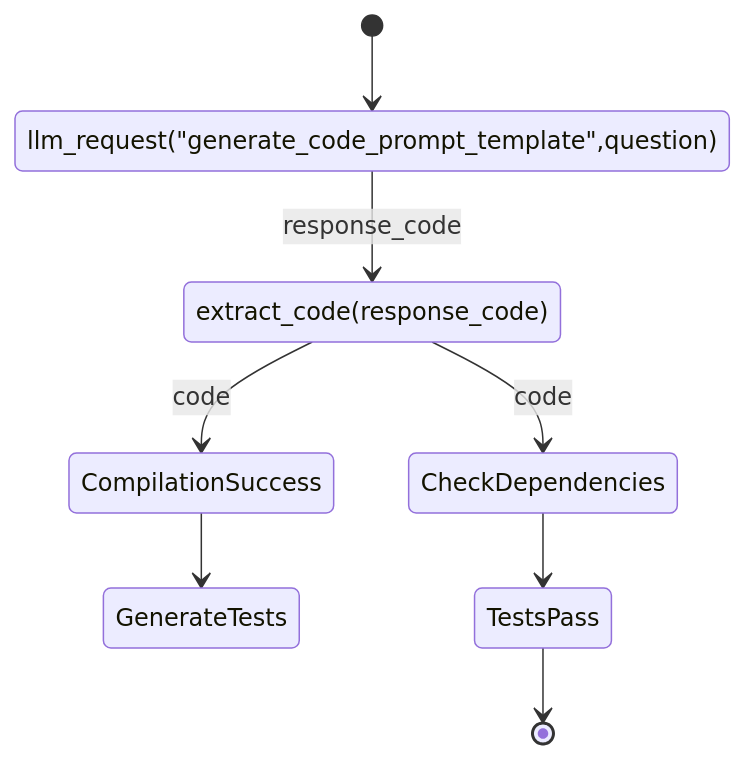
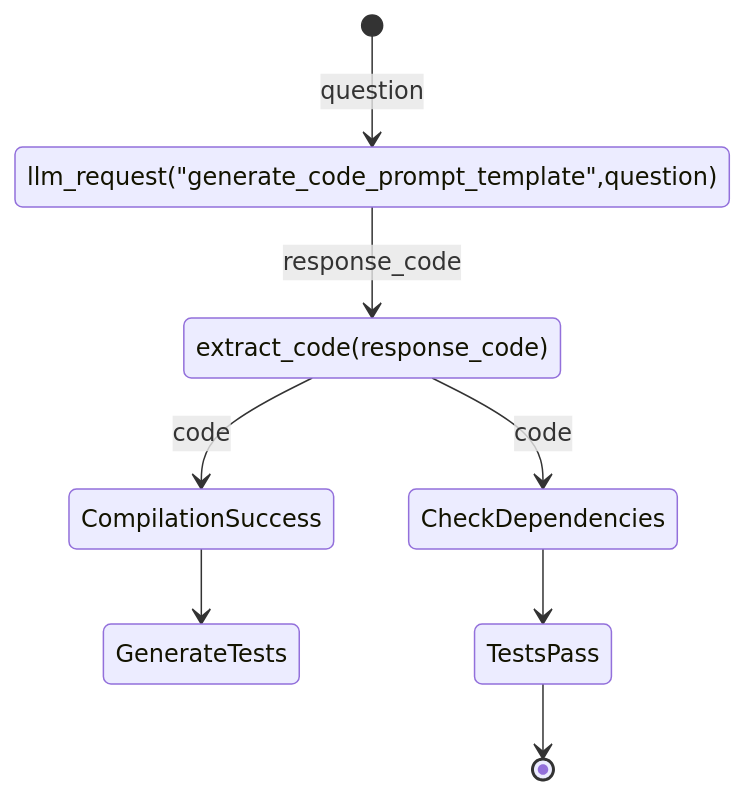
One commit to rizgan/LLM-Logic-Exec-Verify changed the diagram in state.md. Above: the diagram before and after it, drawn with Mermaid. The commit also changed other lines of this file, not shown here.

````diff
--- a/state.md
+++ b/state.md
@@ -1,10 +1,10 @@
 ```mermaid
 stateDiagram
-[*] --> llm_request("generate_code_prompt_template",question)
+[*] --> llm_request("generate_code_prompt_template",question) : question
 llm_request("generate_code_prompt_template",question) --> extract_code(response_code) : response_code
 extract_code(response_code) --> CompilationSuccess : code
 extract_code(response_code) --> CheckDependencies : code
 CompilationSuccess --> GenerateTests
 CheckDependencies  --> TestsPass
 TestsPass --> [*]
 ```
````
